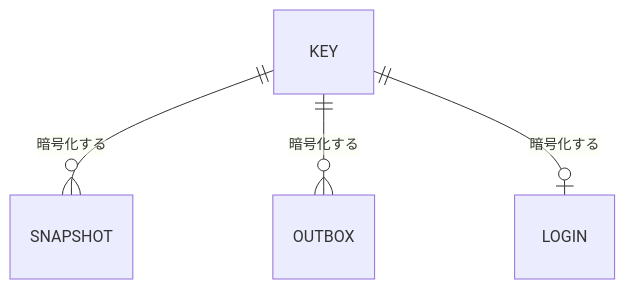
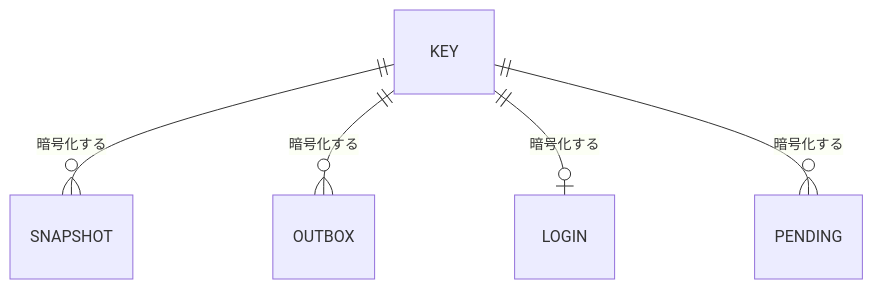
One commit to devbasex/nd-factory changed the fourth of 5 diagrams in issues/issue-12-design.md. Above: the diagram before and after it, drawn with Mermaid. The commit also changed other lines of this file and 4 other files, not shown here.

````diff
--- a/issues/issue-12-design.md
+++ b/issues/issue-12-design.md
@@ -203,6 +216,7 @@
 ```mermaid
 erDiagram
   KEY ||--o{ SNAPSHOT : 暗号化する
   KEY ||--o{ OUTBOX : 暗号化する
   KEY ||--o| LOGIN : 暗号化する
+  KEY ||--o{ PENDING : 暗号化する
 ```
````
